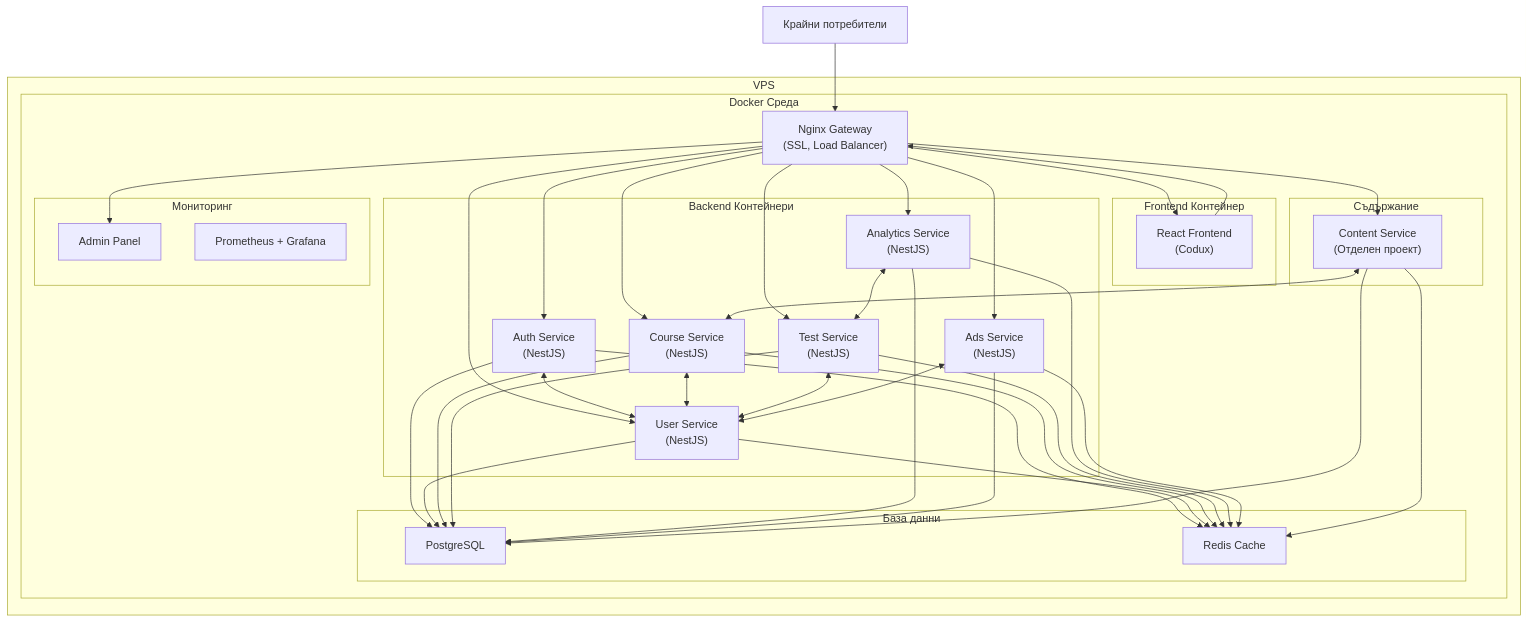
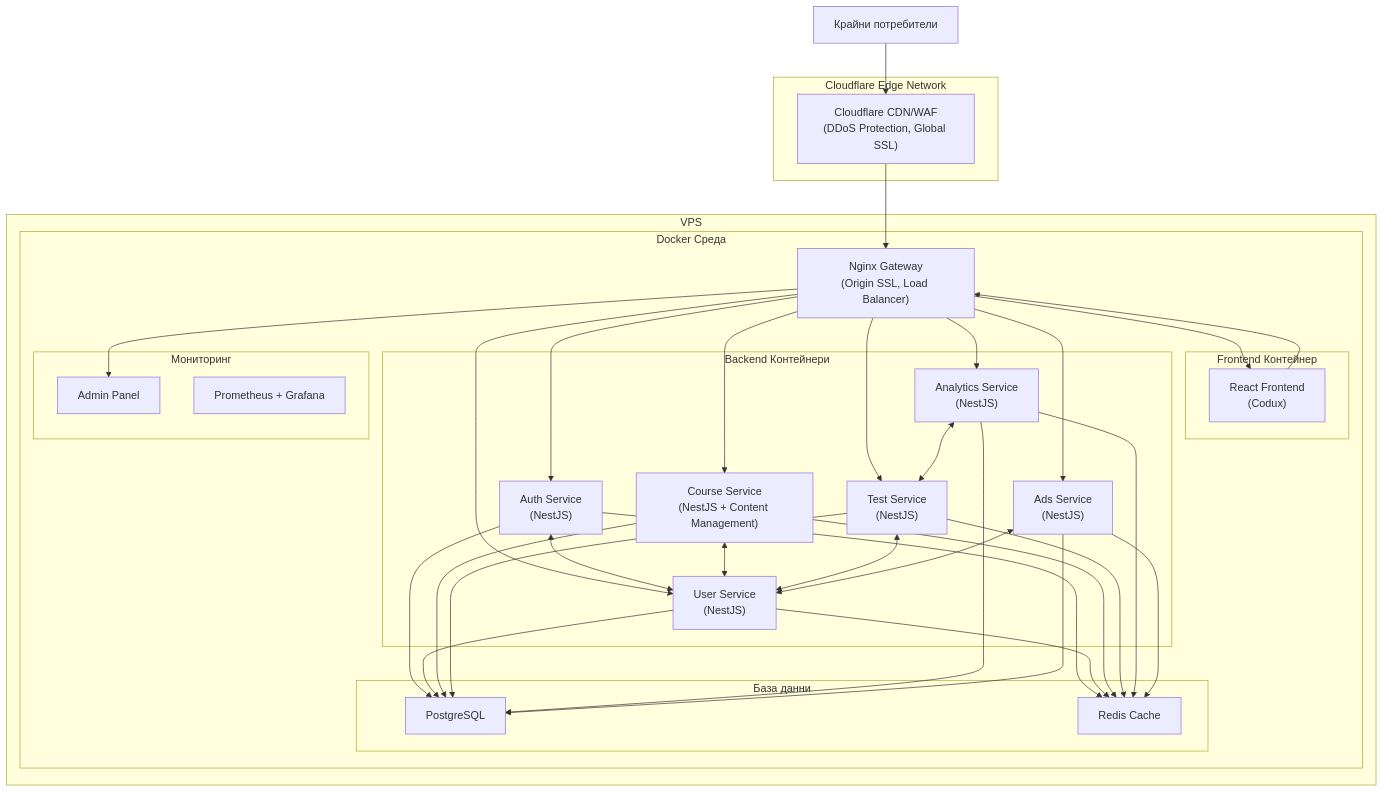
One commit to ivan-markov-666/beelms changed the first of 7 diagrams in docs/architecture.md. Above: the diagram before and after it, drawn with Mermaid. The commit also changed other lines of this file and 2 other files, not shown here.

````diff
--- a/docs/architecture.md
+++ b/docs/architecture.md
@@ -4,72 +4,69 @@
 ```mermaid
 graph TB
+    subgraph "Cloudflare Edge Network"
+        cf["Cloudflare CDN/WAF<br>(DDoS Protection, Global SSL)"]
+    end
+    
     subgraph "VPS"
         subgraph "Docker Среда"
-            nginx["Nginx Gateway<br>(SSL, Load Balancer)"]
+            nginx["Nginx Gateway<br>(Origin SSL, Load Balancer)"]
             
             subgraph "Frontend Контейнер"
                 react["React Frontend<br>(Codux)"]
             end
             
             subgraph "Backend Контейнери"
                 auth["Auth Service<br>(NestJS)"]
                 user["User Service<br>(NestJS)"]
-                course["Course Service<br>(NestJS)"]
+                course["Course Service<br>(NestJS + Content Management)"]
                 test["Test Service<br>(NestJS)"]
                 analytics["Analytics Service<br>(NestJS)"]
                 ads["Ads Service<br>(NestJS)"]
             end
             
             subgraph "База данни"
                 postgres["PostgreSQL"]
                 redis["Redis Cache"]
             end
             
-            subgraph "Съдържание"
-                content["Content Service<br>(Отделен проект)"]
-            end
-            
             subgraph "Мониторинг"
                 admin["Admin Panel"]
                 monitor["Prometheus + Grafana"]
             end
         end
     end
     
-    client["Крайни потребители"] --> nginx
+    client["Крайни потребители"] --> cf
+    cf --> nginx
     
     nginx --> react
     react --> nginx
     
     nginx --> auth
     nginx --> user
     nginx --> course
     nginx --> test
     nginx --> analytics
     nginx --> ads
-    nginx --> content
     nginx --> admin
     
     auth --> postgres
     user --> postgres
     course --> postgres
     test --> postgres
     analytics --> postgres
     ads --> postgres
-    content --> postgres
     
     auth --> redis
     user --> redis
     course --> redis
     test --> redis
     analytics --> redis
     ads --> redis
-    content --> redis
     
     auth <--> user
     course <--> user
     test <--> user
     analytics <--> test
     ads <--> user
-    content <--> course
 ```
````
